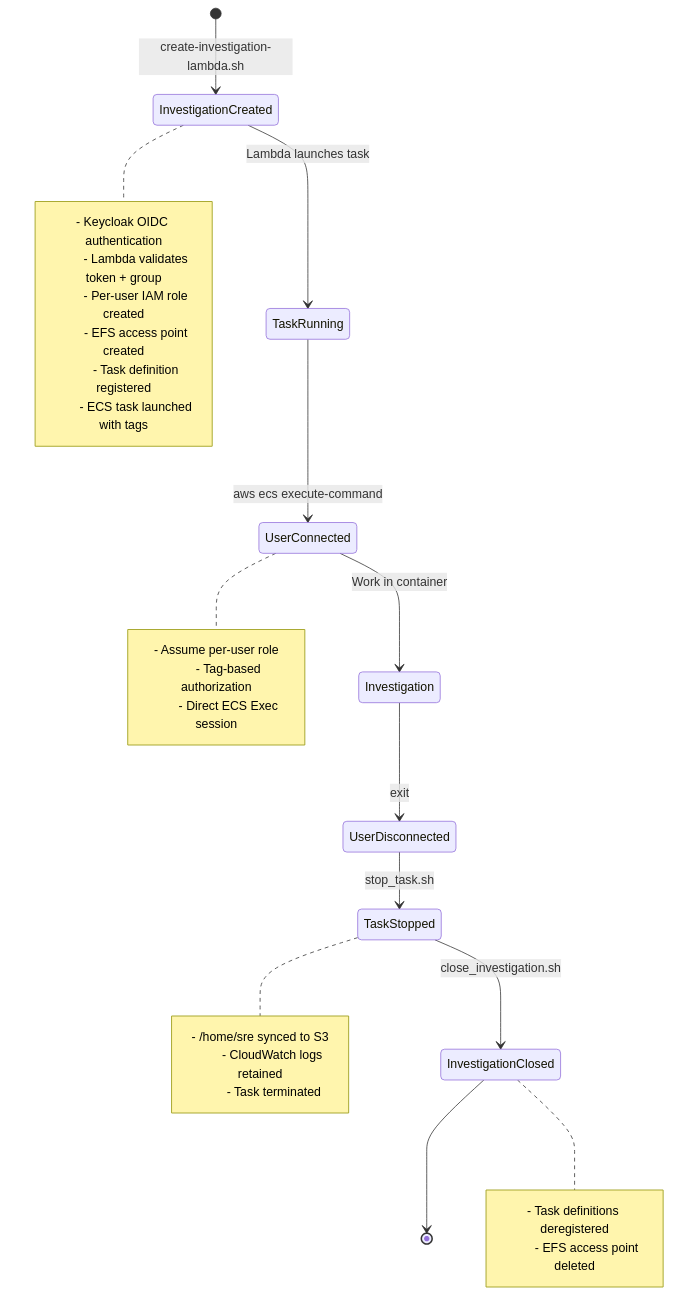
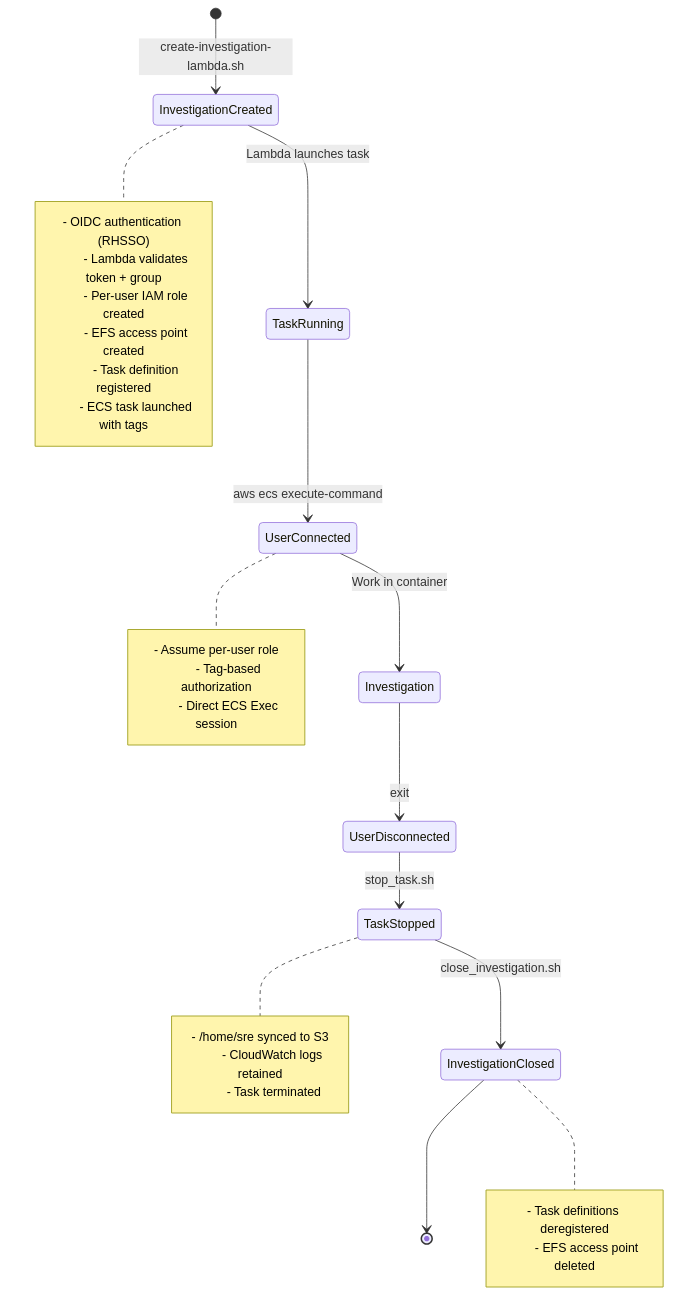
The first of 2 diagrams in docs/runbooks/investigation-workflow.md (openshift-online/rosa-boundary), drawn with Mermaid before and after one commit. The commit also changed other lines of this file and 39 other files, not shown here.

First line of the commit message:
refactor: replace Keycloak with Red Hat SSO (RHSSO) throughout

````diff
--- a/docs/runbooks/investigation-workflow.md
+++ b/docs/runbooks/investigation-workflow.md
@@ -9,37 +9,37 @@
 ```mermaid
 stateDiagram-v2
     [*] --> InvestigationCreated: create-investigation-lambda.sh
     InvestigationCreated --> TaskRunning: Lambda launches task
     TaskRunning --> UserConnected: aws ecs execute-command
     UserConnected --> Investigation: Work in container
     Investigation --> UserDisconnected: exit
     UserDisconnected --> TaskStopped: stop_task.sh
     TaskStopped --> InvestigationClosed: close_investigation.sh
     InvestigationClosed --> [*]
 
     note right of InvestigationCreated
-        - Keycloak OIDC authentication
+        - OIDC authentication (RHSSO)
         - Lambda validates token + group
         - Per-user IAM role created
         - EFS access point created
         - Task definition registered
         - ECS task launched with tags
     end note
 
     note right of UserConnected
         - Assume per-user role
         - Tag-based authorization
         - Direct ECS Exec session
     end note
 
     note right of TaskStopped
         - /home/sre synced to S3
         - CloudWatch logs retained
         - Task terminated
     end note
 
     note right of InvestigationClosed
         - Task definitions deregistered
         - EFS access point deleted
     end note
 ```
````
